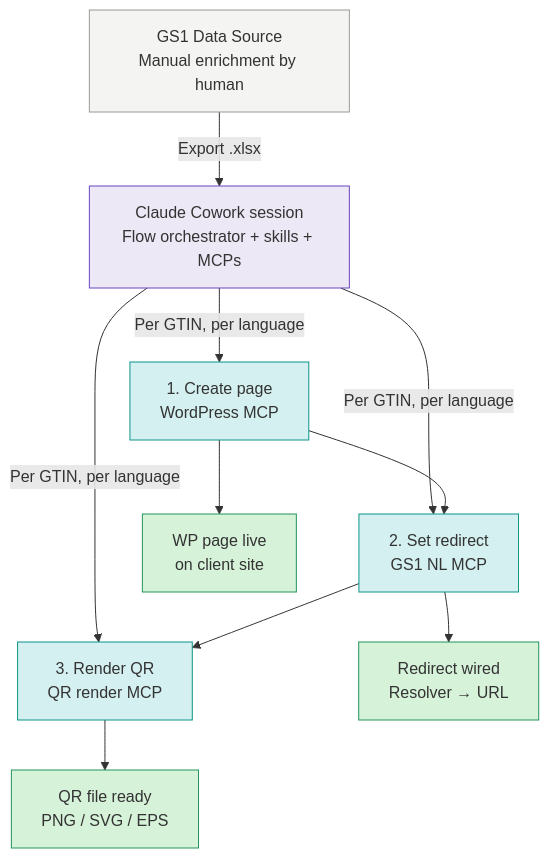
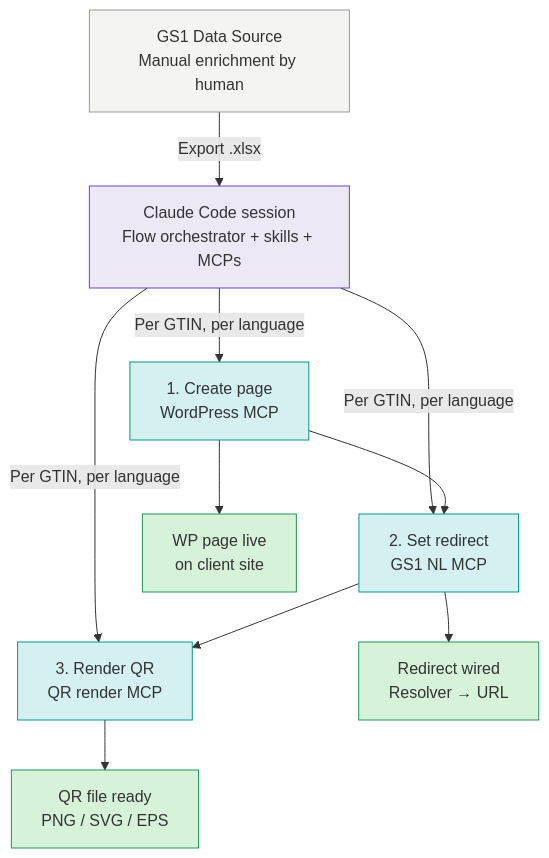
One commit to NextGenDataLead/gs1-product-link changed the diagram in OBSIDIAN_NOTE_content.md. Above: the diagram before and after it, drawn with Mermaid. The commit also changed other lines of this file and 23 other files, not shown here.

````diff
--- a/OBSIDIAN_NOTE_content.md
+++ b/OBSIDIAN_NOTE_content.md
@@ -30,25 +30,25 @@
 ```mermaid
 flowchart TB
     A[GS1 Data Source<br/>Manual enrichment by human]
-    A -->|Export .xlsx| B[Claude Cowork session<br/>Flow orchestrator + skills + MCPs]
+    A -->|Export .xlsx| B[Claude Code session<br/>Flow orchestrator + skills + MCPs]
     B -->|Per GTIN, per language| C1
     B -->|Per GTIN, per language| C2
     B -->|Per GTIN, per language| C3
     C1[1. Create page<br/>WordPress MCP]
     C2[2. Set redirect<br/>GS1 NL MCP]
     C3[3. Render QR<br/>QR render MCP]
     C1 --> C2
     C2 --> C3
     C1 --> D1[WP page live<br/>on client site]
     C2 --> D2[Redirect wired<br/>Resolver → URL]
     C3 --> D3[QR file ready<br/>PNG / SVG / EPS]
 
     style A fill:#f4f4f2,stroke:#9c9994
     style B fill:#ede8f5,stroke:#6b46c1
     style C1 fill:#d4f0f0,stroke:#0d9488
     style C2 fill:#d4f0f0,stroke:#0d9488
     style C3 fill:#d4f0f0,stroke:#0d9488
     style D1 fill:#d6f2d9,stroke:#22945a
     style D2 fill:#d6f2d9,stroke:#22945a
     style D3 fill:#d6f2d9,stroke:#22945a
 ```
````
